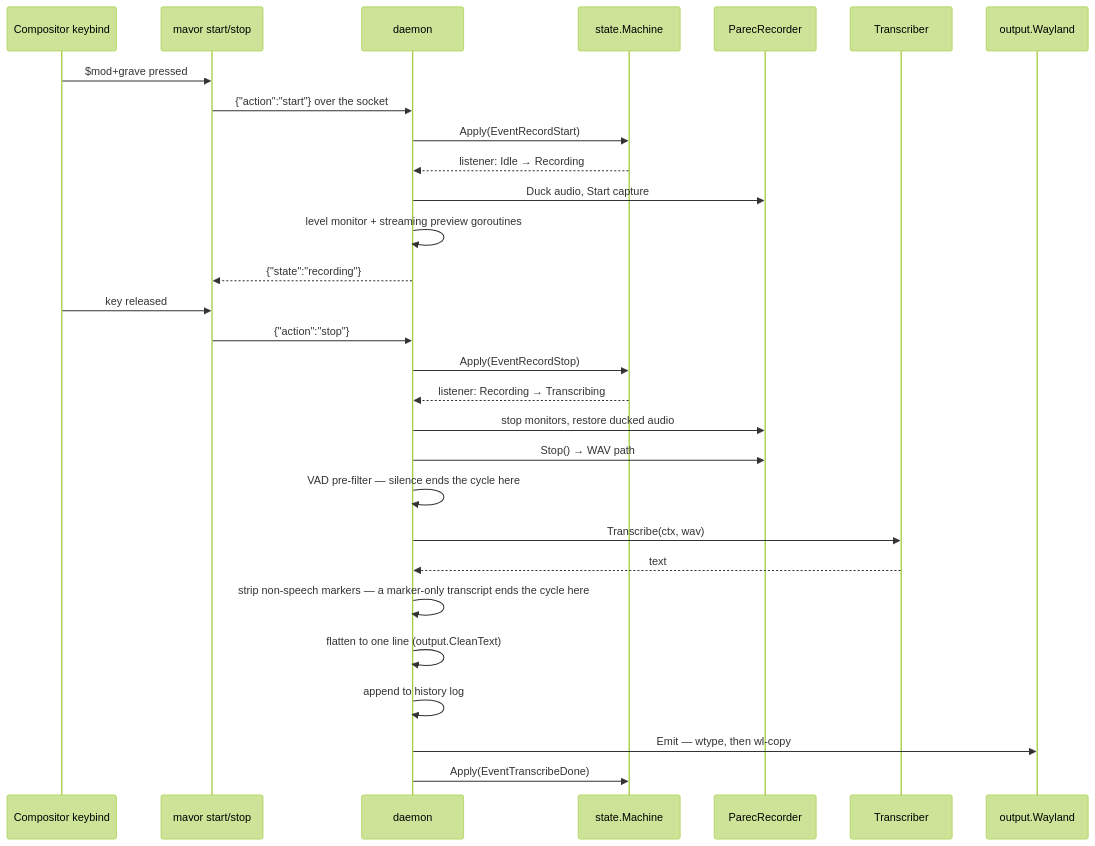
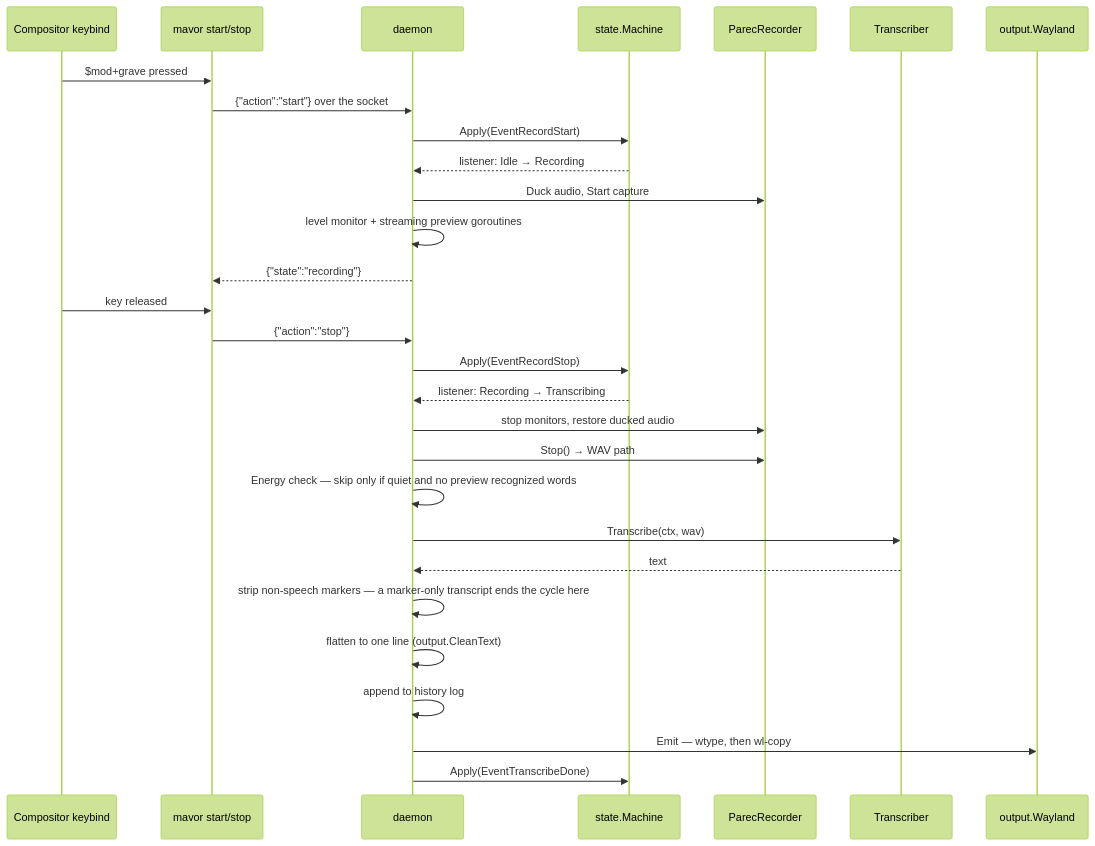
Before and after one commit to mschulkind-oss/mavor: the second of 2 diagrams in docs/reference/how-mavor-works.md, drawn with Mermaid (forest theme). The commit also changed other lines of this file and 3 other files, not shown here.

First line of the commit message:
fix(daemon): transcribe quiet speech recognized by preview

````diff
--- a/docs/reference/how-mavor-works.md
+++ b/docs/reference/how-mavor-works.md
@@ -177,32 +177,32 @@
 ```mermaid
 sequenceDiagram
     participant K as Compositor keybind
     participant C as mavor start/stop
     participant D as daemon
     participant M as state.Machine
     participant A as ParecRecorder
     participant S as Transcriber
     participant O as output.Wayland
 
     K->>C: $mod+grave pressed
     C->>D: {"action":"start"} over the socket
     D->>M: Apply(EventRecordStart)
     M-->>D: listener: Idle → Recording
     D->>A: Duck audio, Start capture
     D->>D: level monitor + streaming preview goroutines
     D-->>C: {"state":"recording"}
     K->>C: key released
     C->>D: {"action":"stop"}
     D->>M: Apply(EventRecordStop)
     M-->>D: listener: Recording → Transcribing
     D->>A: stop monitors, restore ducked audio
     D->>A: Stop() → WAV path
-    D->>D: VAD pre-filter — silence ends the cycle here
+    D->>D: Energy check — skip only if quiet and no preview recognized words
     D->>S: Transcribe(ctx, wav)
     S-->>D: text
     D->>D: strip non-speech markers — a marker-only transcript ends the cycle here
     D->>D: flatten to one line (output.CleanText)
     D->>D: append to history log
     D->>O: Emit — wtype, then wl-copy
     D->>M: Apply(EventTranscribeDone)
 ```
````
